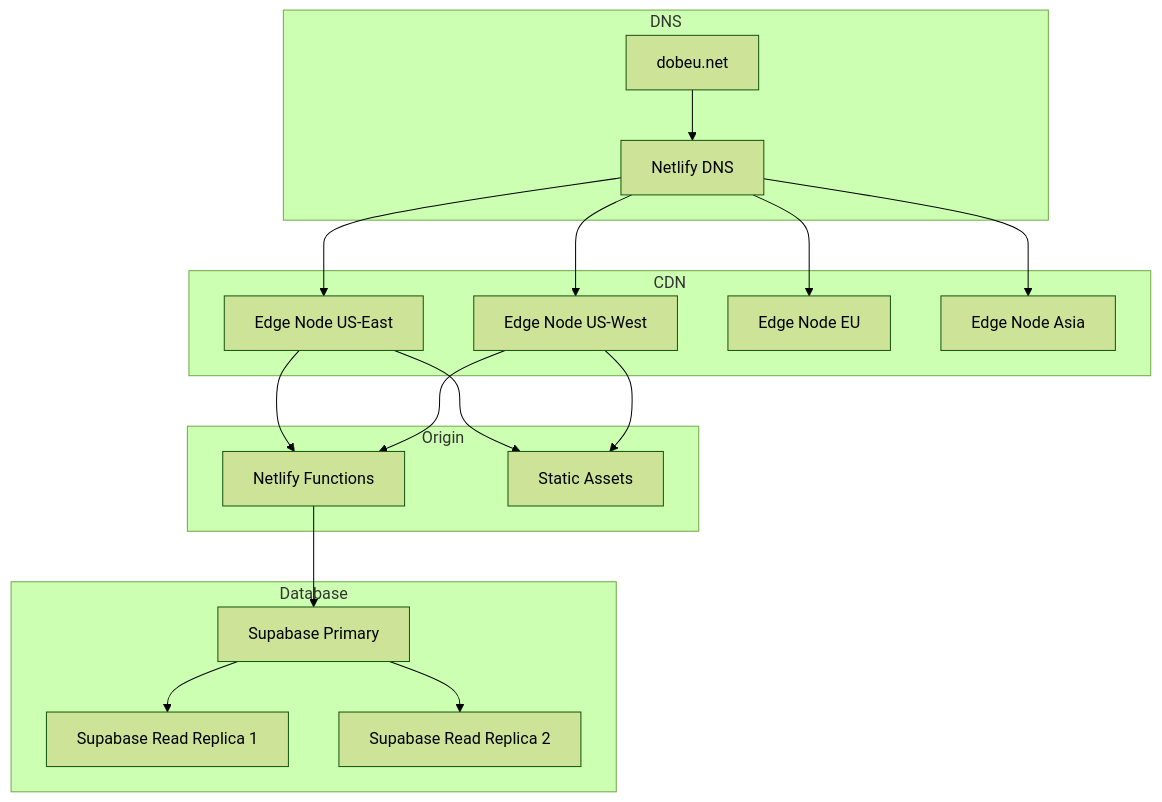
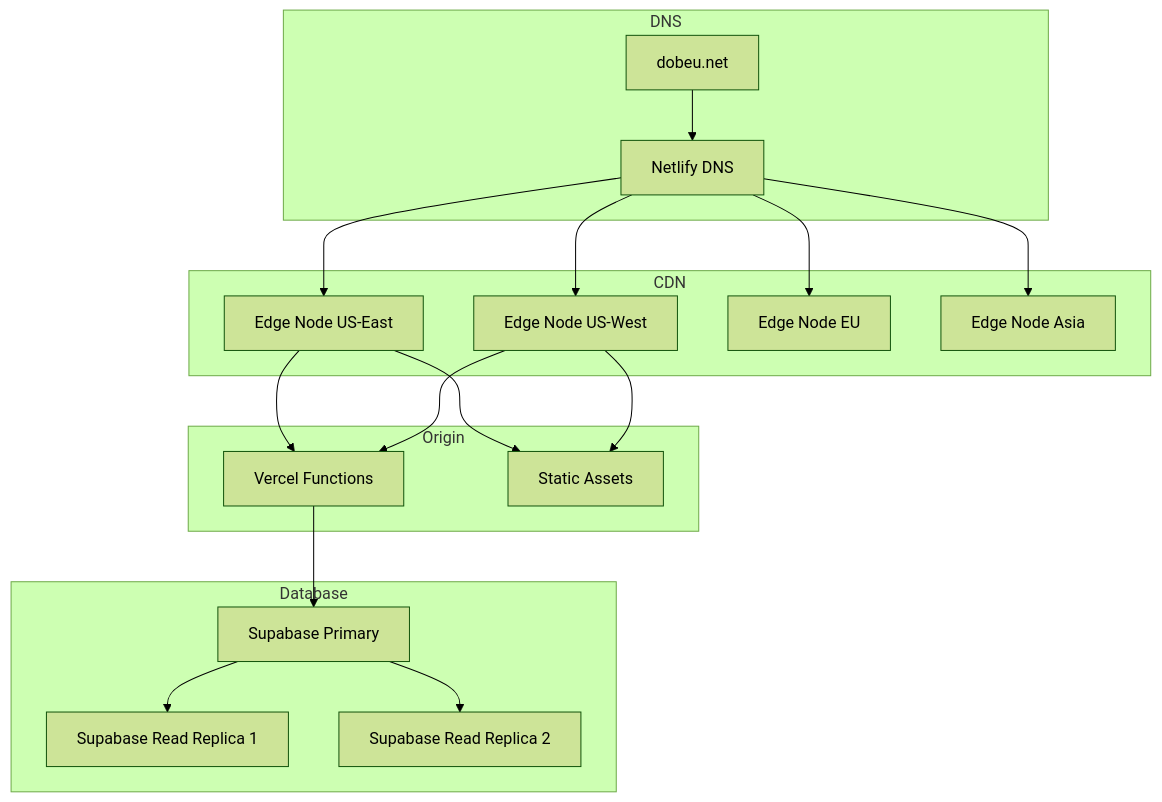
One commit to dobeutech/dobeunet-vercel changed diagram 13 of 19 in docs/SYSTEM_ARCHITECTURE.md. Above: the diagram before and after it, drawn with Mermaid (forest theme). The commit also changed other lines of this file and 5 other files, not shown here.

First line of the commit message:
docs: bulk netlify -> vercel sweep across runbooks

````diff
--- a/docs/SYSTEM_ARCHITECTURE.md
+++ b/docs/SYSTEM_ARCHITECTURE.md
@@ -686,38 +686,38 @@
 ```mermaid
 graph TB
     subgraph "DNS"
         Domain[dobeu.net]
         Netlify[Netlify DNS]
     end
 
     subgraph "CDN"
         Edge1[Edge Node US-East]
         Edge2[Edge Node US-West]
         Edge3[Edge Node EU]
         Edge4[Edge Node Asia]
     end
 
     subgraph "Origin"
-        Functions[Netlify Functions]
+        Functions[Vercel Functions]
         Static[Static Assets]
     end
 
     subgraph "Database"
         Primary[Supabase Primary]
         Replica1[Supabase Read Replica 1]
         Replica2[Supabase Read Replica 2]
     end
 
     Domain --> Netlify
     Netlify --> Edge1
     Netlify --> Edge2
     Netlify --> Edge3
     Netlify --> Edge4
     Edge1 --> Functions
     Edge1 --> Static
     Edge2 --> Functions
     Edge2 --> Static
     Functions --> Primary
     Primary --> Replica1
     Primary --> Replica2
 ```
````
